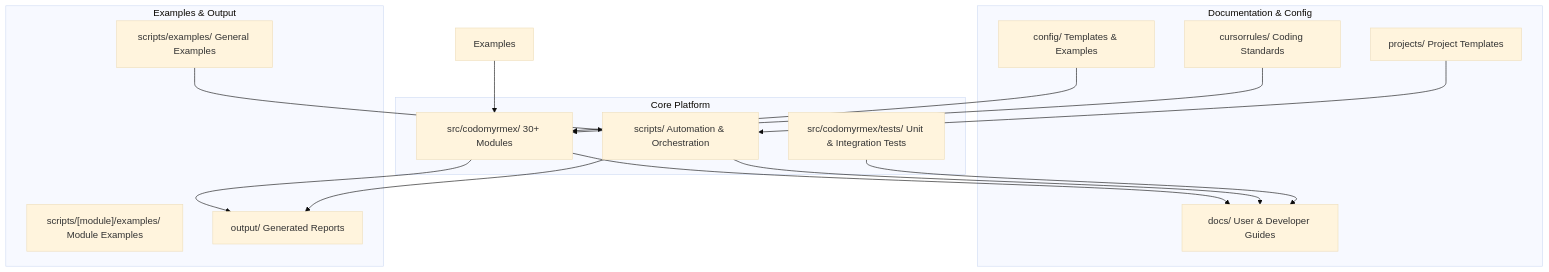
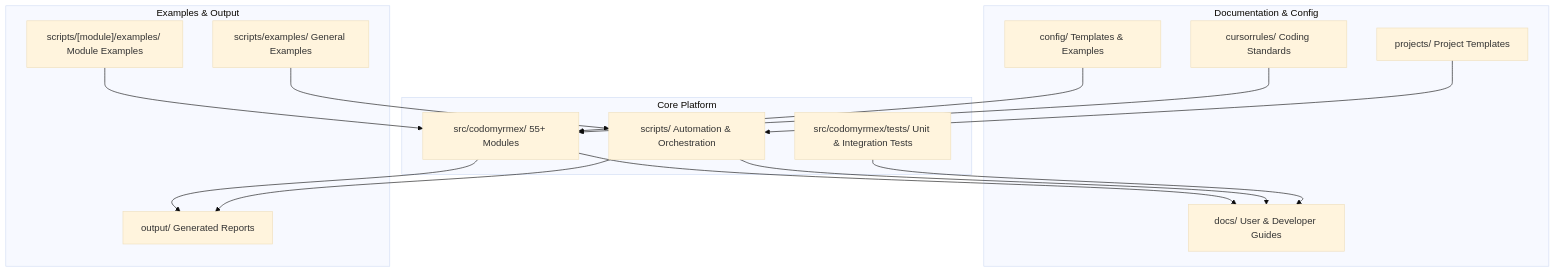
One commit to docxology/codomyrmex changed the seventh of 12 diagrams in README.md. Above: the diagram before and after it, drawn with Mermaid (base theme). The commit also changed other lines of this file and 501 other files, not shown here.

````diff
--- a/README.md
+++ b/README.md
@@ -912,32 +961,32 @@
 ```mermaid
 graph TD
     subgraph corePlatform ["Core Platform"]
-        CoreSrc["src/codomyrmex/ 30+ Modules"]
+        CoreSrc["src/codomyrmex/ 55+ Modules"]
         CoreScripts["scripts/ Automation & Orchestration"]
         CoreTests["src/codomyrmex/tests/ Unit & Integration Tests"]
     end
 
     subgraph docsConfig ["Documentation & Config"]
         Docs["docs/ User & Developer Guides"]
         Config["config/ Templates & Examples"]
         Rules["cursorrules/ Coding Standards"]
         Projects["projects/ Project Templates"]
     end
 
     subgraph examplesOutput ["Examples & Output"]
         ModuleExamples["scripts/[module]/examples/ Module Examples"]
         Output["output/ Generated Reports"]
         ScriptsExamples["scripts/examples/ General Examples"]
     end
 
     CoreSrc --> Docs
     CoreScripts --> Docs
     CoreTests --> Docs
     Config --> CoreSrc
     Rules --> CoreSrc
     Projects --> CoreScripts
-    Examples --> CoreSrc
+    ModuleExamples --> CoreSrc
     ScriptsExamples --> CoreScripts
     CoreSrc --> Output
     CoreScripts --> Output
 ```
````
